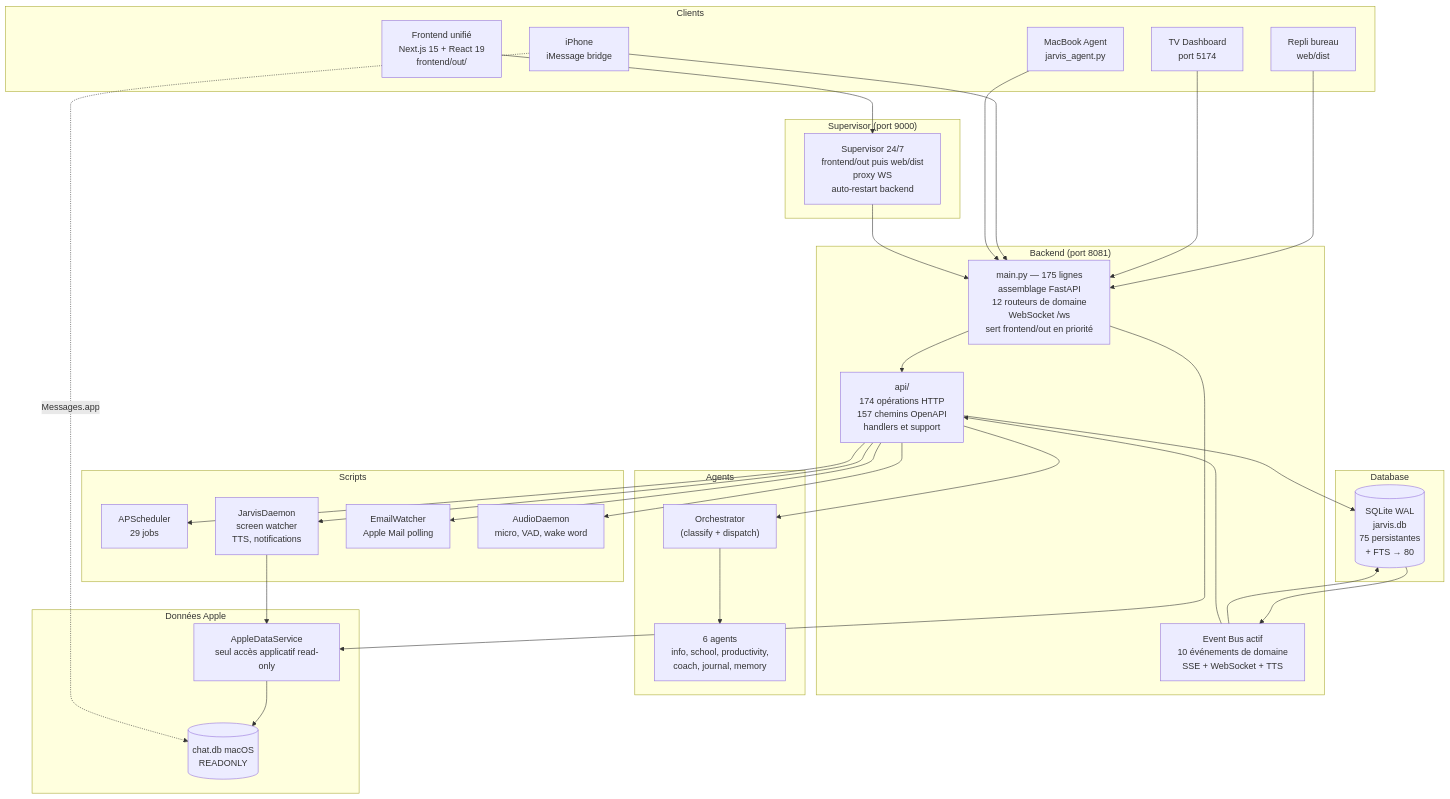
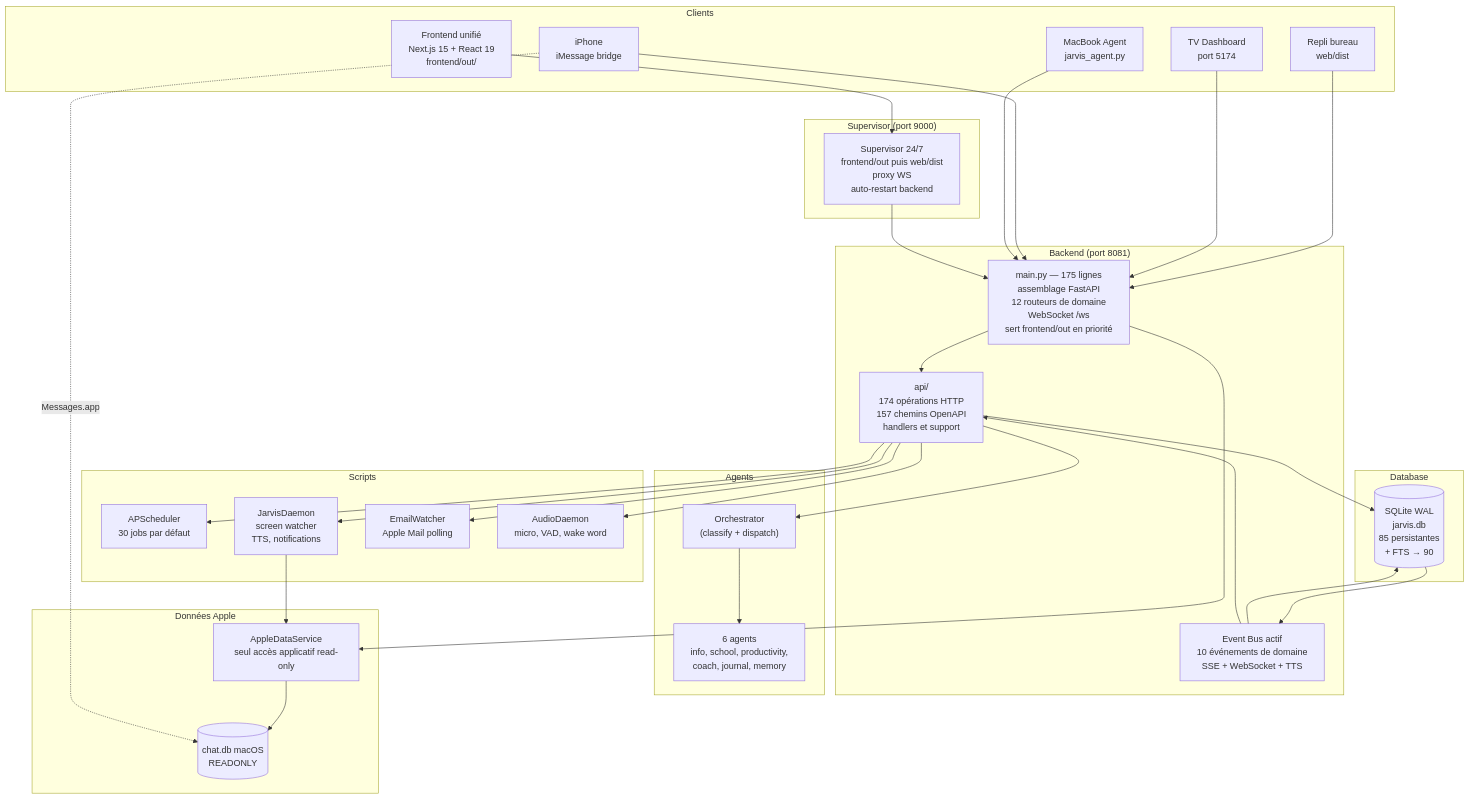
Before and after one commit to AVTAVANTTOUT2/JarvisAPI: the first of 2 diagrams in Architecture/INDEX.md, drawn with Mermaid. The commit also changed other lines of this file and 29 other files, not shown here.

````diff
--- a/Architecture/INDEX.md
+++ b/Architecture/INDEX.md
@@ -108,63 +108,63 @@
 ```mermaid
 graph TB
     subgraph "Clients"
         FRONT["Frontend unifié<br/>Next.js 15 + React 19<br/>frontend/out/"]
         LEGACY["Repli bureau<br/>web/dist"]
         TV["TV Dashboard<br/>port 5174"]
         IMESSAGE["iPhone<br/>iMessage bridge"]
         AGENT["MacBook Agent<br/>jarvis_agent.py"]
     end
 
     subgraph "Supervisor (port 9000)"
         SUP["Supervisor 24/7<br/>frontend/out puis web/dist<br/>proxy WS<br/>auto-restart backend"]
     end
 
     subgraph "Backend (port 8081)"
         MAIN["main.py — 175 lignes<br/>assemblage FastAPI<br/>12 routeurs de domaine<br/>WebSocket /ws<br/>sert frontend/out en priorité"]
         API["api/<br/>174 opérations HTTP<br/>157 chemins OpenAPI<br/>handlers et support"]
         BUS["Event Bus actif<br/>10 événements de domaine<br/>SSE + WebSocket + TTS"]
     end
 
     subgraph "Agents"
         ORCH["Orchestrator<br/>(classify + dispatch)"]
         AG["6 agents<br/>info, school, productivity,<br/>coach, journal, memory"]
     end
 
     subgraph "Database"
-        DB[(SQLite WAL<br/>jarvis.db<br/>75 persistantes<br/>+ FTS → 80)]
+        DB[(SQLite WAL<br/>jarvis.db<br/>85 persistantes<br/>+ FTS → 90)]
     end
 
     subgraph "Données Apple"
         APPLE["AppleDataService<br/>seul accès applicatif read-only"]
         CHATDB[(chat.db macOS<br/>READONLY)]
     end
 
     subgraph "Scripts"
-        SCHED["APScheduler<br/>29 jobs"]
+        SCHED["APScheduler<br/>30 jobs par défaut"]
         DAEMON["JarvisDaemon<br/>screen watcher<br/>TTS, notifications"]
         EMAILW["EmailWatcher<br/>Apple Mail polling"]
         AUDIOD["AudioDaemon<br/>micro, VAD, wake word"]
     end
 
     FRONT --> SUP
     LEGACY --> MAIN
     TV --> MAIN
     IMESSAGE --> MAIN
     AGENT --> MAIN
     SUP --> MAIN
     MAIN --> API
     API --> ORCH
     ORCH --> AG
     API --> DB
     DB --> BUS
     BUS --> DB
     BUS --> API
     API --> SCHED
     API --> DAEMON
     API --> EMAILW
     API --> AUDIOD
     MAIN --> APPLE
     DAEMON --> APPLE
     APPLE --> CHATDB
     IMESSAGE -. "Messages.app" .-> CHATDB
 ```
````
